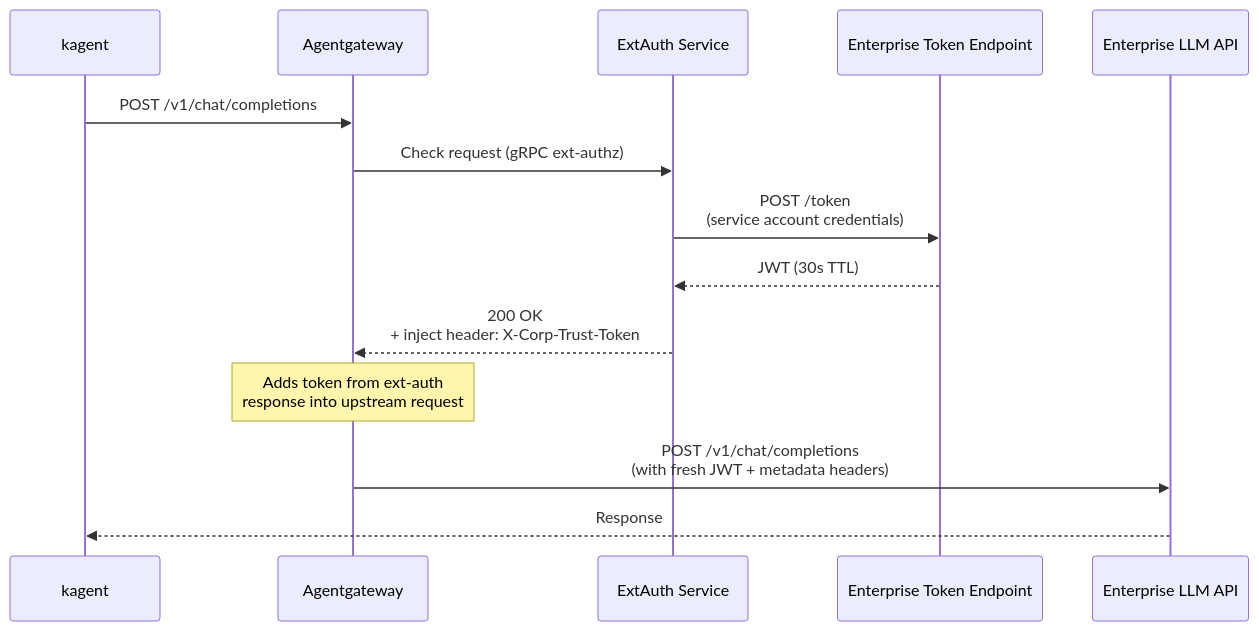
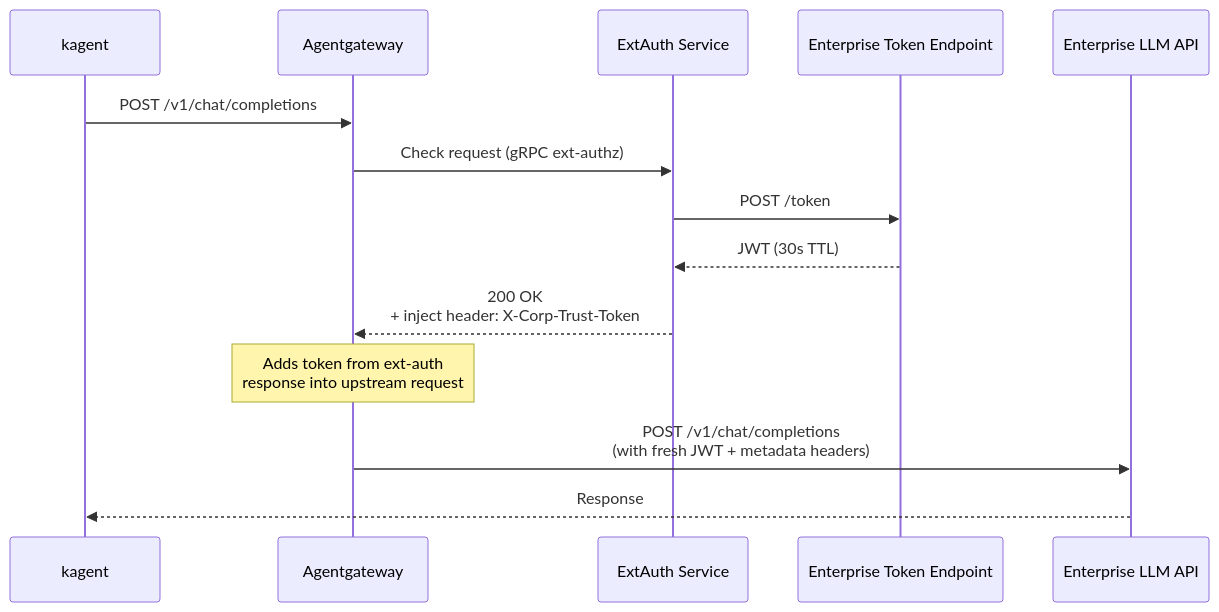
Before and after one commit to AdminTurnedDevOps/agentic-demo-repo: the fourth of 5 diagrams in agentgateway-enterprise/enterprise-llm-egress.md, drawn with Mermaid. The commit also changed other lines of this file and 1 other file, not shown here.

````diff
--- a/agentgateway-enterprise/enterprise-llm-egress.md
+++ b/agentgateway-enterprise/enterprise-llm-egress.md
@@ -465,17 +454,17 @@
 ```mermaid
 sequenceDiagram
     participant KA as kagent
     participant AGW as Agentgateway
     participant Auth as ExtAuth Service
     participant IDP as Enterprise Token Endpoint
     participant LLM as Enterprise LLM API
 
     KA->>AGW: POST /v1/chat/completions
     AGW->>Auth: Check request (gRPC ext-authz)
-    Auth->>IDP: POST /token<br/>(service account credentials)
+    Auth->>IDP: POST /token
     IDP-->>Auth: JWT (30s TTL)
     Auth-->>AGW: 200 OK<br/>+ inject header: X-Corp-Trust-Token
     Note over AGW: Adds token from ext-auth<br/>response into upstream request
     AGW->>LLM: POST /v1/chat/completions<br/>(with fresh JWT + metadata headers)
     LLM-->>KA: Response
 ```
````
